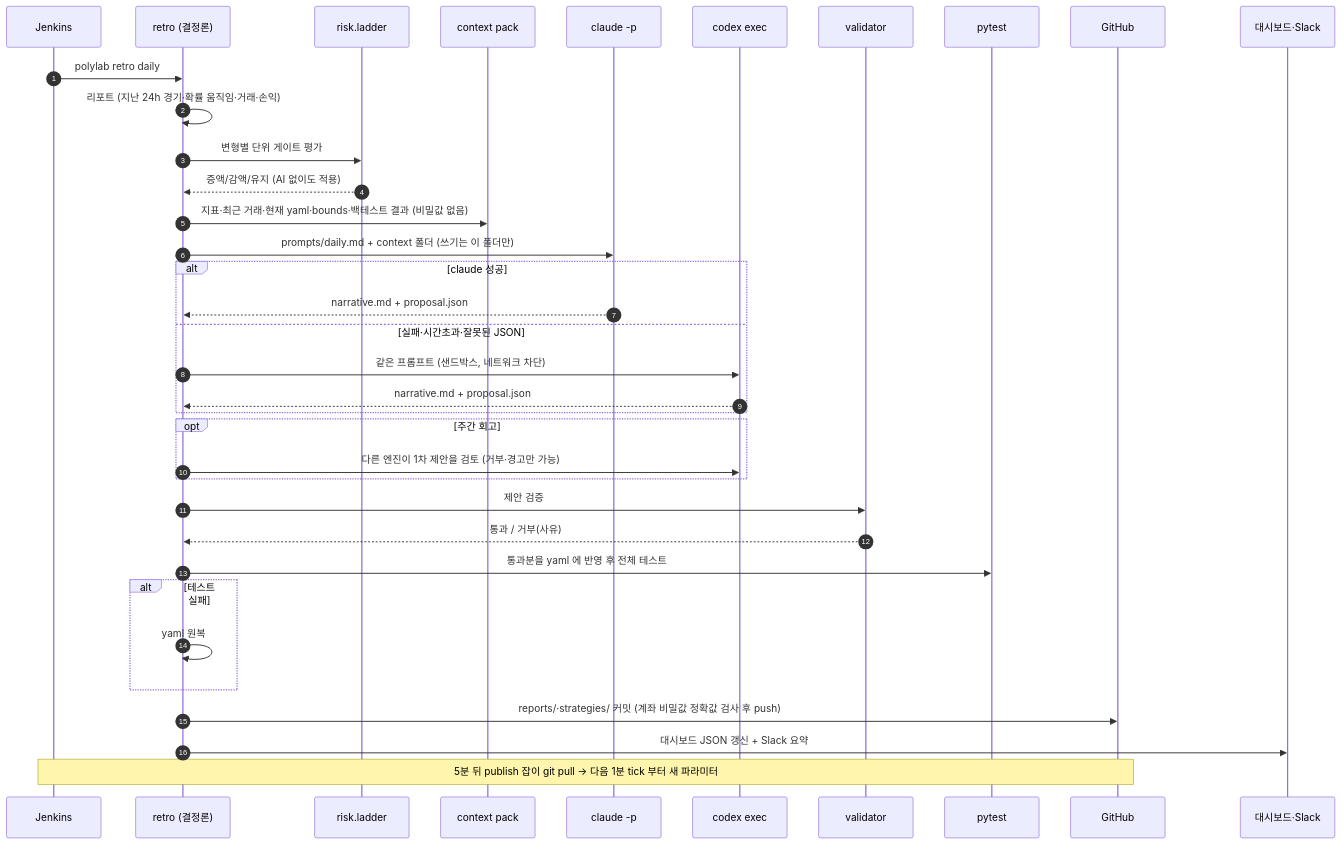
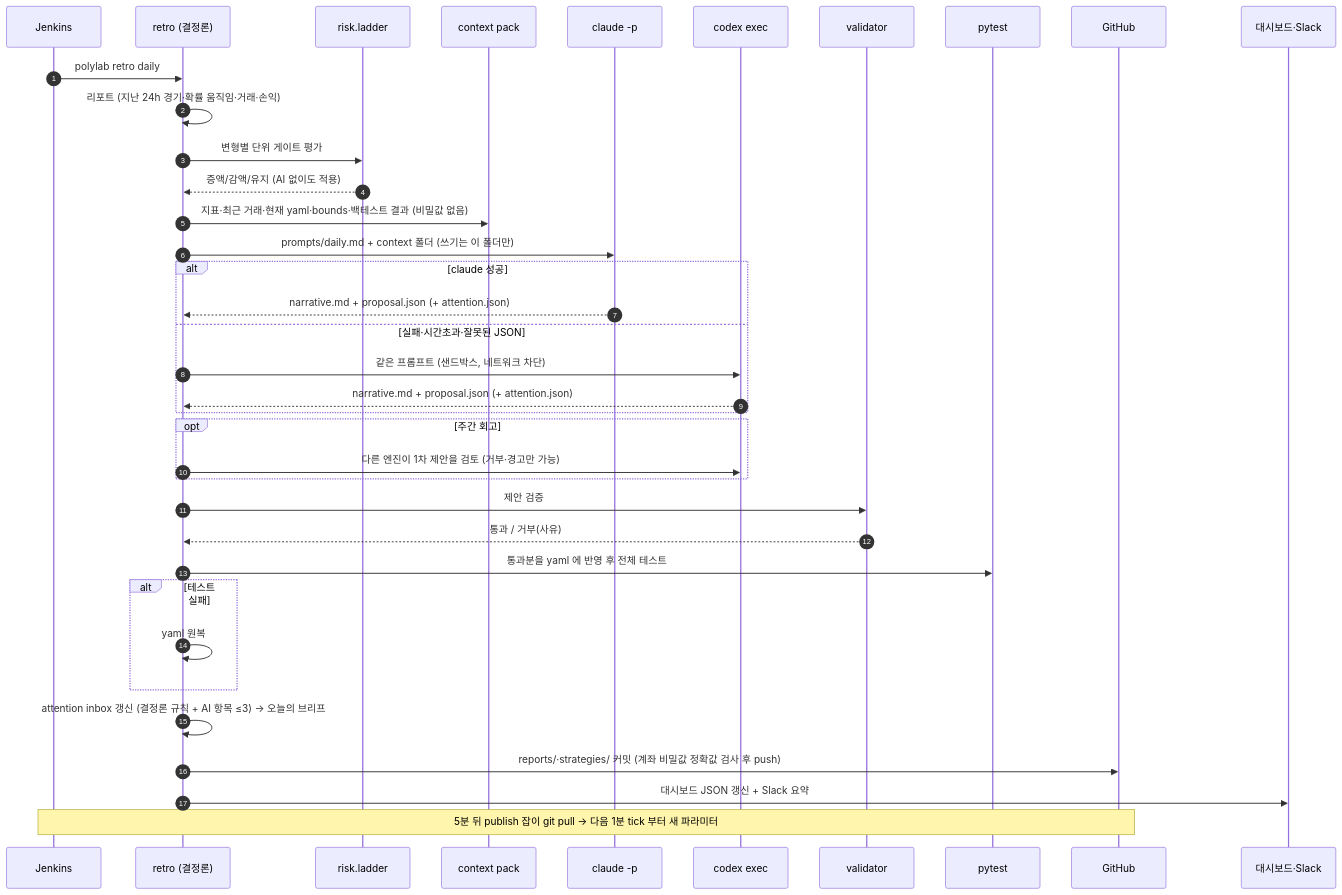
One commit to izowooi/golden-burger changed the diagram in docs/architecture/ai-automation.md. Above: the diagram before and after it, drawn with Mermaid. The commit also changed other lines of this file and 11 other files, not shown here.

````diff
--- a/docs/architecture/ai-automation.md
+++ b/docs/architecture/ai-automation.md
@@ -21,39 +21,40 @@
 ```mermaid
 sequenceDiagram
     autonumber
     participant J as Jenkins
     participant R as retro (결정론)
     participant L as risk.ladder
     participant P as context pack
     participant C as claude -p
     participant X as codex exec
     participant V as validator
     participant T as pytest
     participant G as GitHub
     participant O as 대시보드·Slack
 
     J->>R: polylab retro daily
     R->>R: 리포트 (지난 24h 경기·확률 움직임·거래·손익)
     R->>L: 변형별 단위 게이트 평가
     L-->>R: 증액/감액/유지 (AI 없이도 적용)
     R->>P: 지표·최근 거래·현재 yaml·bounds·백테스트 결과 (비밀값 없음)
     R->>C: prompts/daily.md + context 폴더 (쓰기는 이 폴더만)
     alt claude 성공
-        C-->>R: narrative.md + proposal.json
+        C-->>R: narrative.md + proposal.json (+ attention.json)
     else 실패·시간초과·잘못된 JSON
         R->>X: 같은 프롬프트 (샌드박스, 네트워크 차단)
-        X-->>R: narrative.md + proposal.json
+        X-->>R: narrative.md + proposal.json (+ attention.json)
     end
     opt 주간 회고
         R->>X: 다른 엔진이 1차 제안을 검토 (거부·경고만 가능)
     end
     R->>V: 제안 검증
     V-->>R: 통과 / 거부(사유)
     R->>T: 통과분을 yaml 에 반영 후 전체 테스트
     alt 테스트 실패
         R->>R: yaml 원복
     end
+    R->>R: attention inbox 갱신 (결정론 규칙 + AI 항목 ≤3) → 오늘의 브리프
     R->>G: reports/·strategies/ 커밋 (계좌 비밀값 정확값 검사 후 push)
     R->>O: 대시보드 JSON 갱신 + Slack 요약
     Note over G,J: 5분 뒤 publish 잡이 git pull → 다음 1분 tick 부터 새 파라미터
 ```
````
